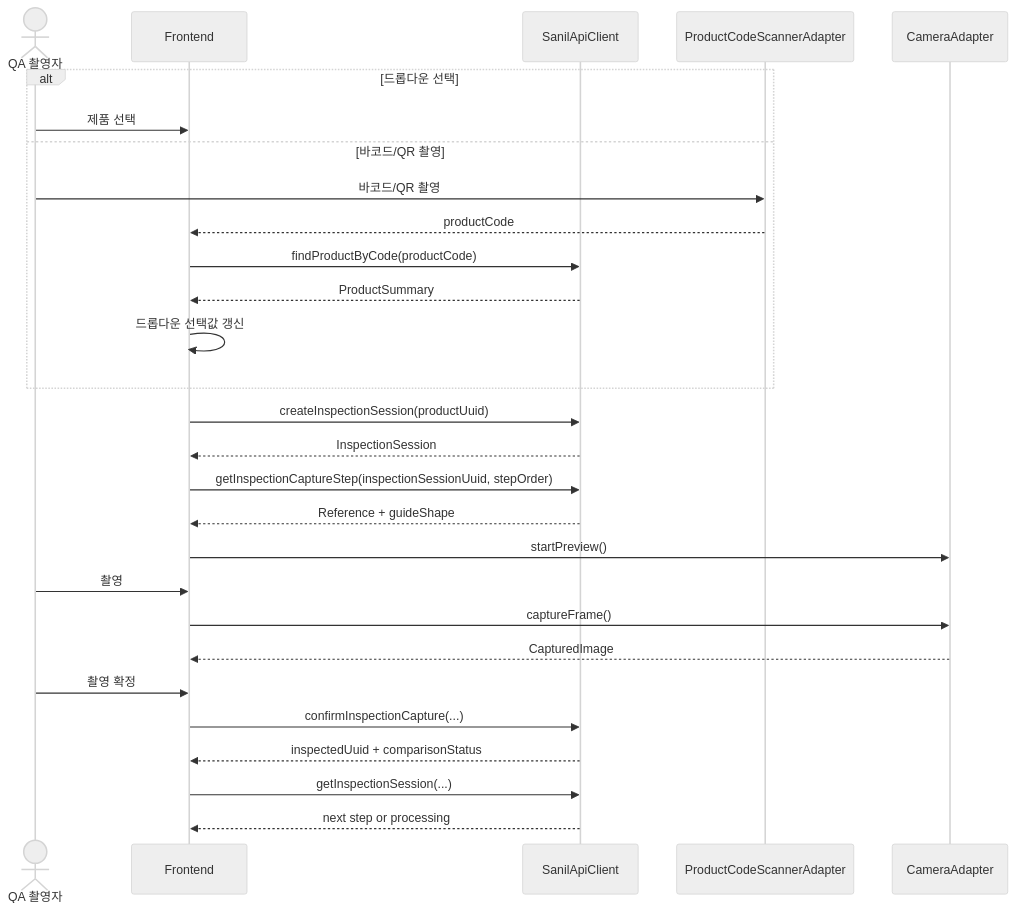
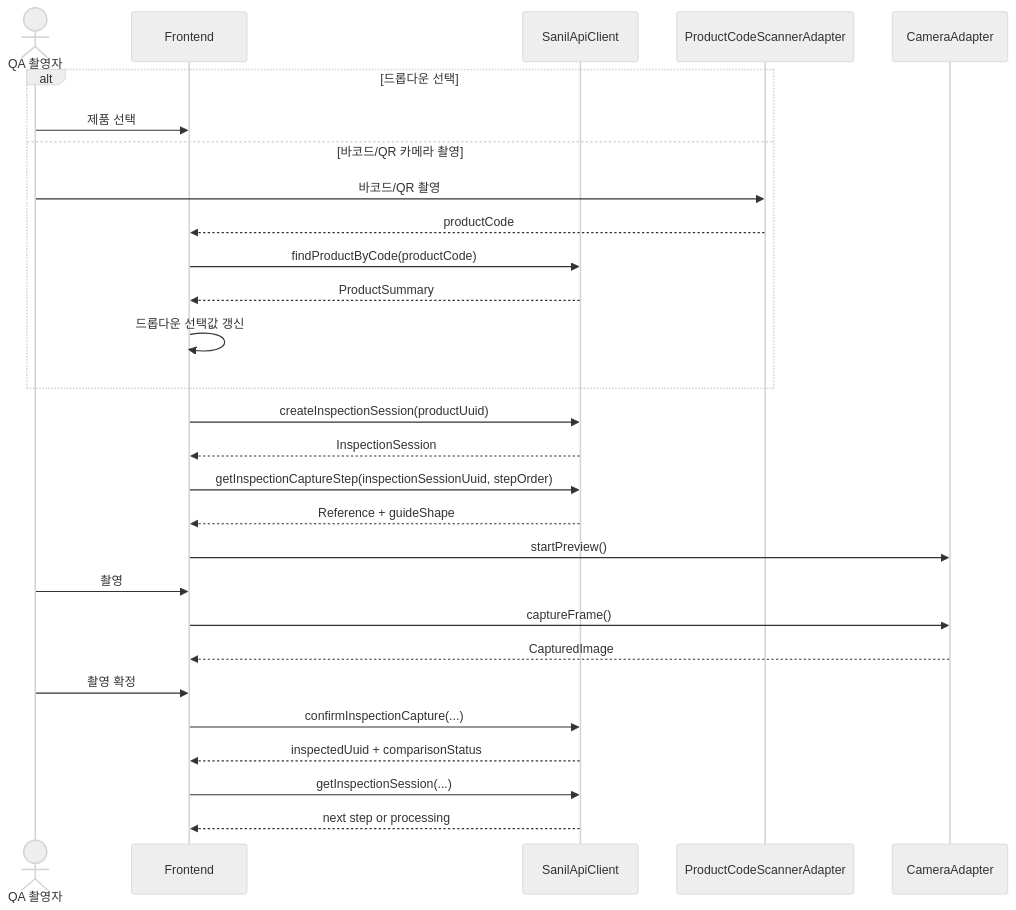
One commit to Dreamer-Dy-Yun/SANIL changed the diagram in frontend/docs/frontend-design.md. Above: the diagram before and after it, drawn with Mermaid (neutral theme). The commit also changed other lines of this file and 9 other files, not shown here.

````diff
--- a/frontend/docs/frontend-design.md
+++ b/frontend/docs/frontend-design.md
@@ -89,31 +90,31 @@
 ```mermaid
 sequenceDiagram
     actor User as QA 촬영자
     participant UI as Frontend
     participant API as SanilApiClient
     participant Scanner as ProductCodeScannerAdapter
     participant Camera as CameraAdapter
 
     alt 드롭다운 선택
       User->>UI: 제품 선택
-    else 바코드/QR 촬영
+    else 바코드/QR 카메라 촬영
       User->>Scanner: 바코드/QR 촬영
       Scanner-->>UI: productCode
       UI->>API: findProductByCode(productCode)
       API-->>UI: ProductSummary
       UI->>UI: 드롭다운 선택값 갱신
     end
     UI->>API: createInspectionSession(productUuid)
     API-->>UI: InspectionSession
     UI->>API: getInspectionCaptureStep(inspectionSessionUuid, stepOrder)
     API-->>UI: Reference + guideShape
     UI->>Camera: startPreview()
     User->>UI: 촬영
     UI->>Camera: captureFrame()
     Camera-->>UI: CapturedImage
     User->>UI: 촬영 확정
     UI->>API: confirmInspectionCapture(...)
     API-->>UI: inspectedUuid + comparisonStatus
     UI->>API: getInspectionSession(...)
     API-->>UI: next step or processing
 ```
````
